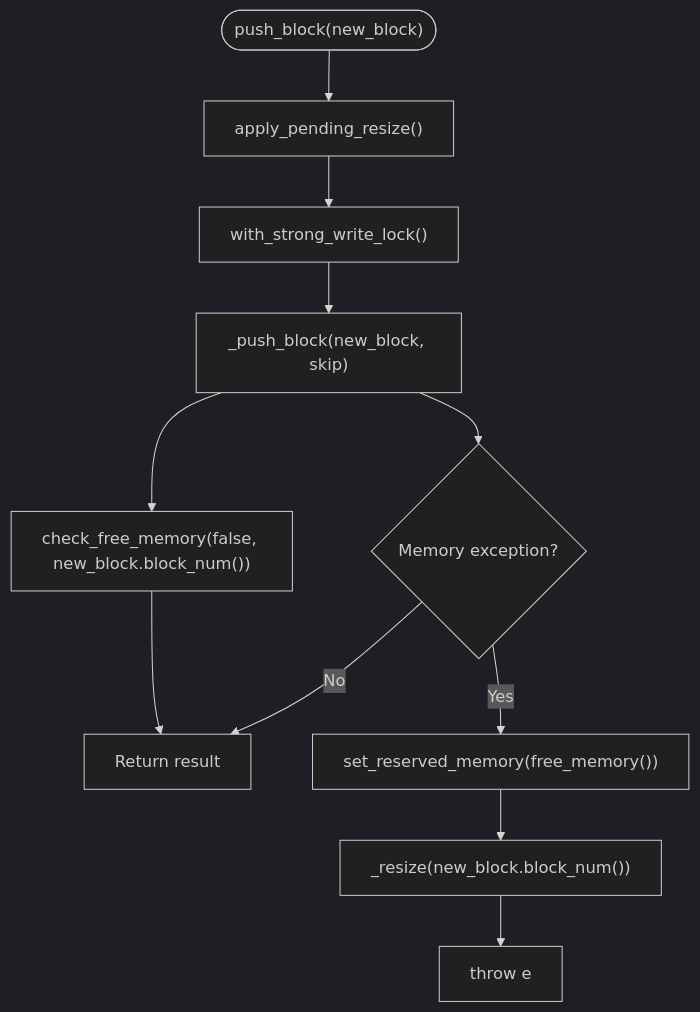
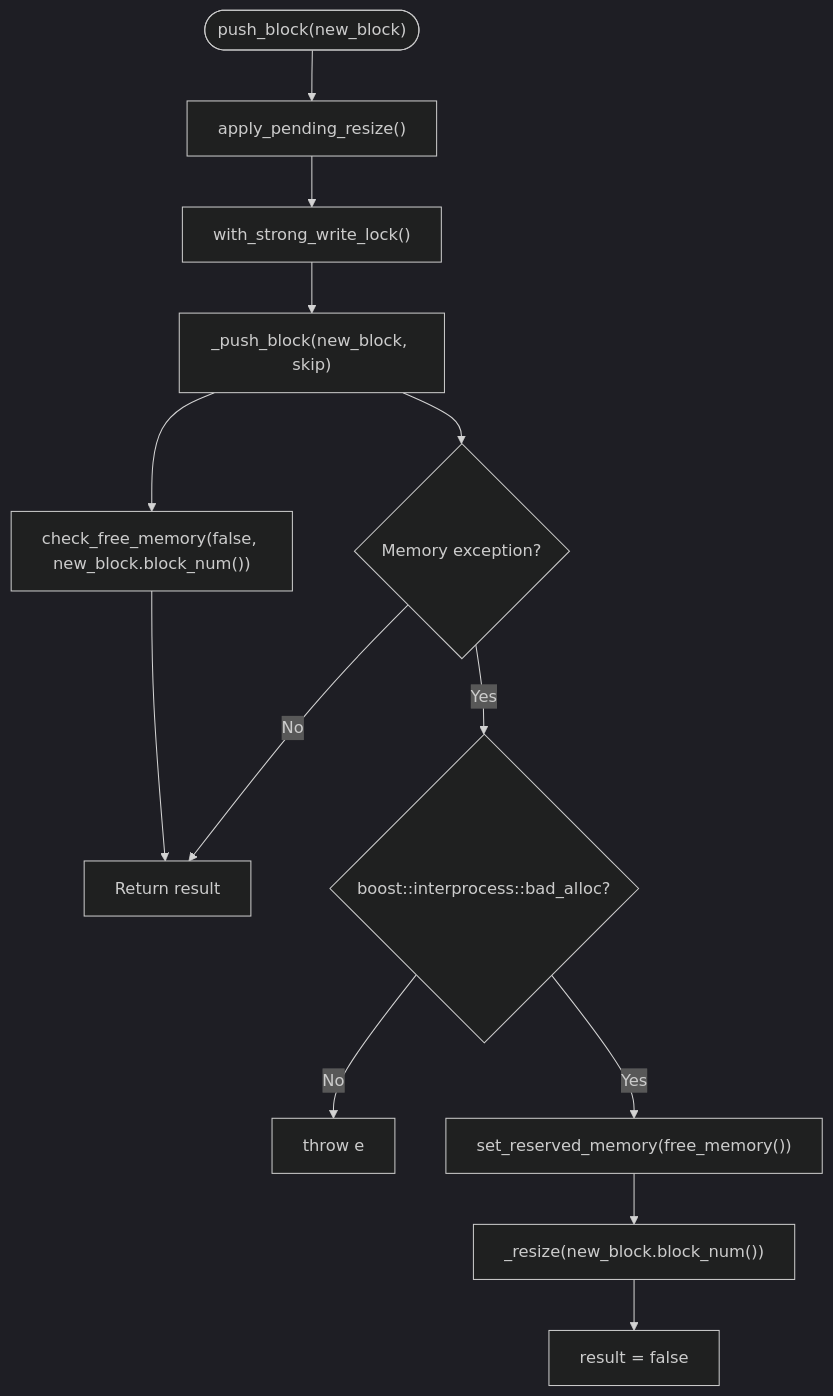
One commit to VIZ-Blockchain/viz-cpp-node changed diagram 14 of 22 in .qoder/repowiki/en/content/Architecture Overview/Core Libraries/Chain Library/Database Management/Database Management.md. Above: the diagram before and after it, drawn with Mermaid (dark theme). The commit also changed other lines of this file and 6 other files, not shown here.

````diff
--- a/.qoder/repowiki/en/content/Architecture Overview/Core Libraries/Chain Library/Database Management/Database Management.md
+++ b/.qoder/repowiki/en/content/Architecture Overview/Core Libraries/Chain Library/Database Management/Database Management.md
@@ -704,13 +738,15 @@
 ```mermaid
 flowchart TD
 Start(["push_block(new_block)"]) --> ApplyResize["apply_pending_resize()"]
 ApplyResize --> AcquireLock["with_strong_write_lock()"]
 AcquireLock --> TryBlock["_push_block(new_block, skip)"]
 TryBlock --> CheckMemory["check_free_memory(false, new_block.block_num())"]
 CheckMemory --> Success["Return result"]
 TryBlock --> Exception{"Memory exception?"}
-Exception --> |Yes| ScheduleResize["set_reserved_memory(free_memory())"]
+Exception --> |Yes| CheckBadAlloc{"boost::interprocess::bad_alloc?"}
+CheckBadAlloc --> |No| Rethrow["throw e"]
+CheckBadAlloc --> |Yes| ScheduleResize["set_reserved_memory(free_memory())"]
 ScheduleResize --> SetPending["_resize(new_block.block_num())"]
-SetPending --> Rethrow["throw e"]
+SetPending --> ReturnFalse["result = false"]
 Exception --> |No| Success
 ```
````
